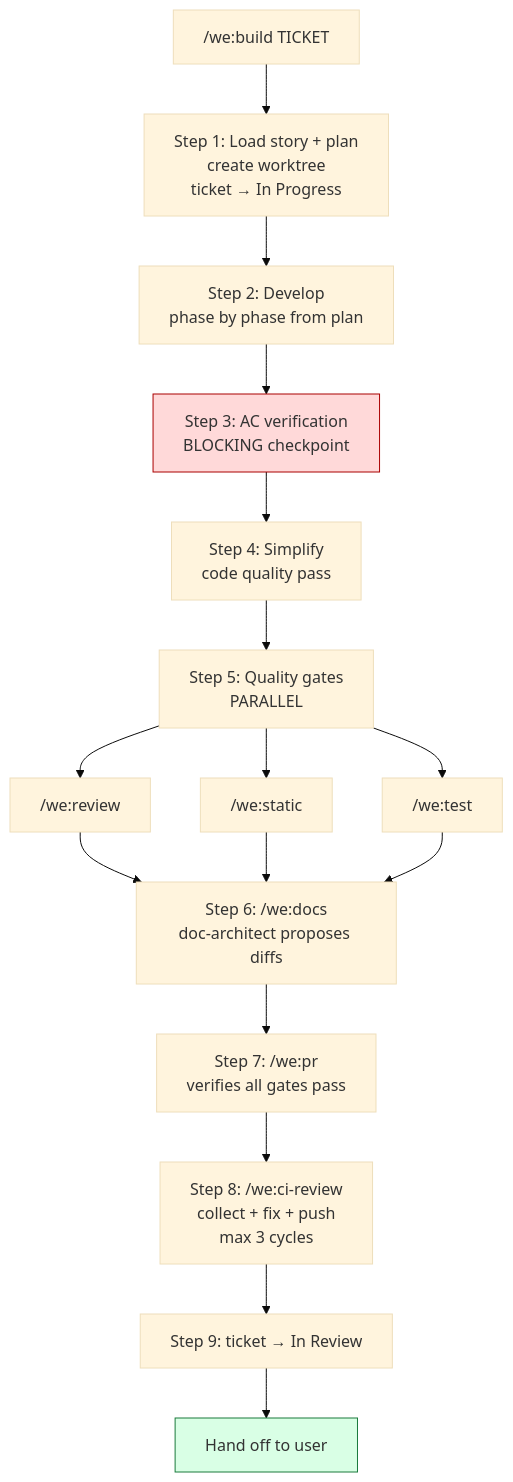
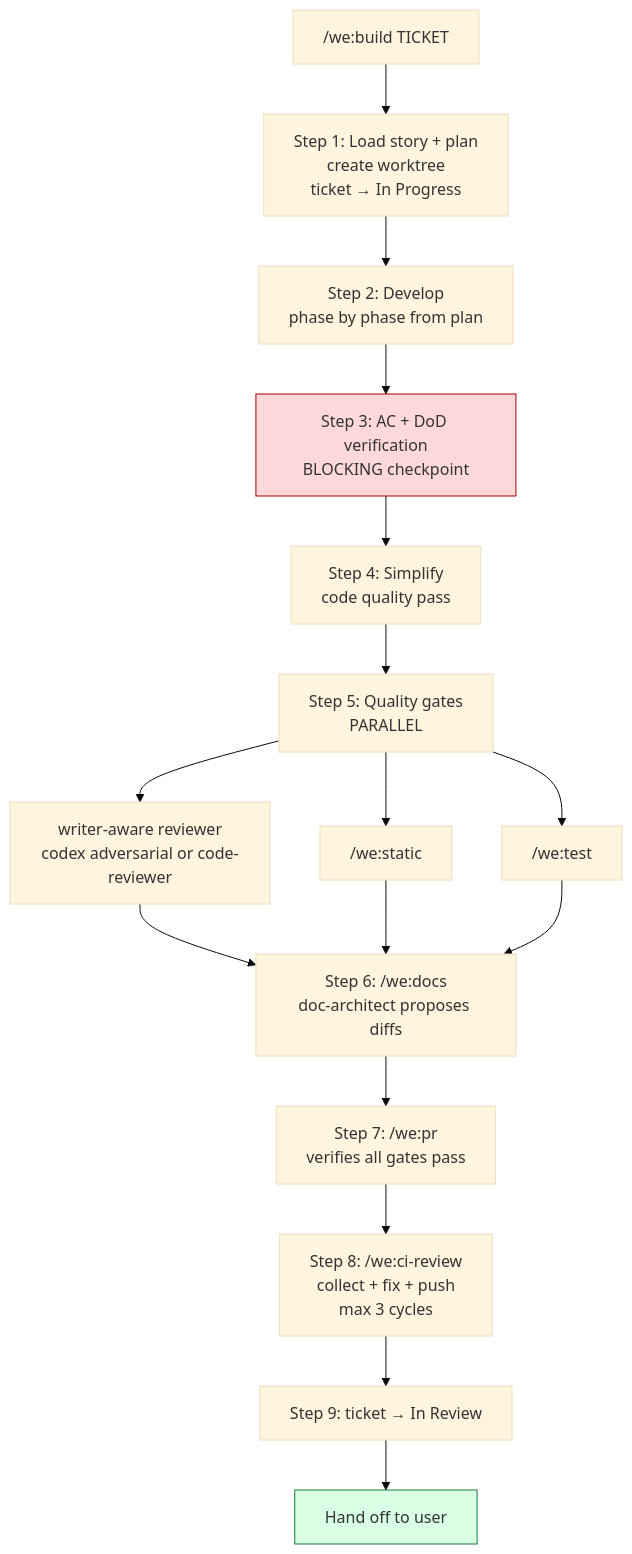
The second of 4 diagrams in docs/workflow.md (weside-ai/claude-code-plugin), drawn with Mermaid (base theme) before and after one commit. The commit also changed other lines of this file and 9 other files, not shown here.

First line of the commit message:
feat(build,setup,review): single writer-aware reviewer + AC/DoD as blocking gate (v2.65.0)

````diff
--- a/docs/workflow.md
+++ b/docs/workflow.md
@@ -81,19 +81,19 @@
 ```mermaid
 flowchart TB
     Start["/we:build TICKET"] --> DoR[Step 1: Load story + plan<br/>create worktree<br/>ticket → In Progress]
     DoR --> Dev[Step 2: Develop<br/>phase by phase from plan]
-    Dev --> AC[Step 3: AC verification<br/>BLOCKING checkpoint]
+    Dev --> AC[Step 3: AC + DoD verification<br/>BLOCKING checkpoint]
     AC --> Simp[Step 4: Simplify<br/>code quality pass]
     Simp --> Gates[Step 5: Quality gates<br/>PARALLEL]
-    Gates --> Review["/we:review"]
+    Gates --> Review["writer-aware reviewer<br/>codex adversarial or code-reviewer"]
     Gates --> Static["/we:static"]
     Gates --> Test["/we:test"]
     Review & Static & Test --> Docs[Step 6: /we:docs<br/>doc-architect proposes diffs]
     Docs --> PR[Step 7: /we:pr<br/>verifies all gates pass]
     PR --> CI[Step 8: /we:ci-review<br/>collect + fix + push<br/>max 3 cycles]
     CI --> Verify[Step 9: ticket → In Review]
     Verify --> Hand[Hand off to user]
 
     style AC fill:#ffd9d9,stroke:#aa0000
     style Hand fill:#d9ffe5,stroke:#1a7a3c
 ```
````
